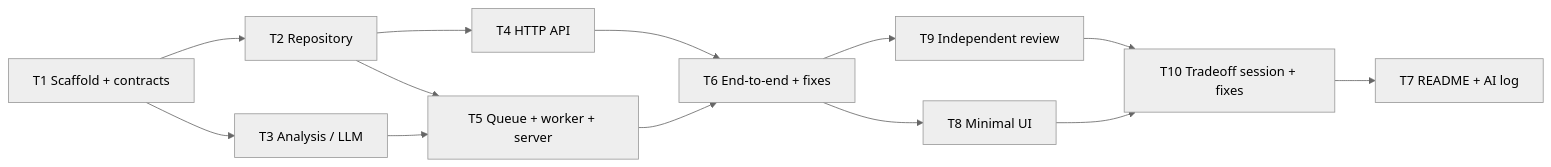
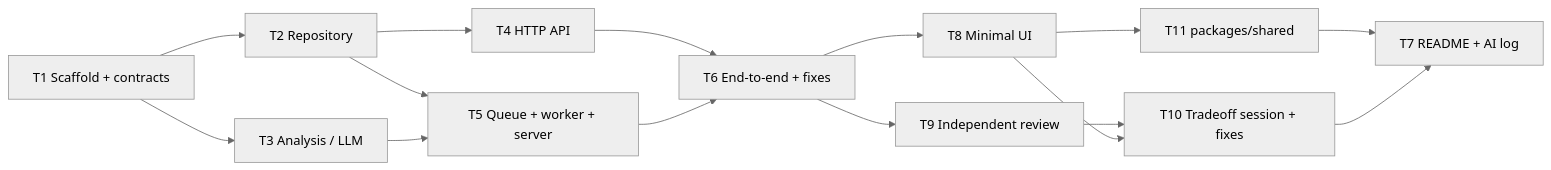
The diagram in docs/tasks/README.md (maormagori/fusion-home-task), drawn with Mermaid (neutral theme) before and after one commit. The commit also changed other lines of this file, not shown here.

Commit message:
Plan the shared models package after in-flight PRs land

````diff
--- a/docs/tasks/README.md
+++ b/docs/tasks/README.md
@@ -6,15 +6,17 @@
 ```mermaid
 flowchart LR
     T1[T1 Scaffold + contracts] --> T2[T2 Repository]
     T1 --> T3[T3 Analysis / LLM]
     T2 --> T4[T4 HTTP API]
     T2 --> T5[T5 Queue + worker + server]
     T3 --> T5
     T4 --> T6[T6 End-to-end + fixes]
     T5 --> T6
     T6 --> T8[T8 Minimal UI]
     T6 --> T9[T9 Independent review]
     T9 --> T10[T10 Tradeoff session + fixes]
     T8 --> T10
+    T8 --> T11[T11 packages/shared]
+    T11 --> T7
     T10 --> T7[T7 README + AI log]
 ```
````
